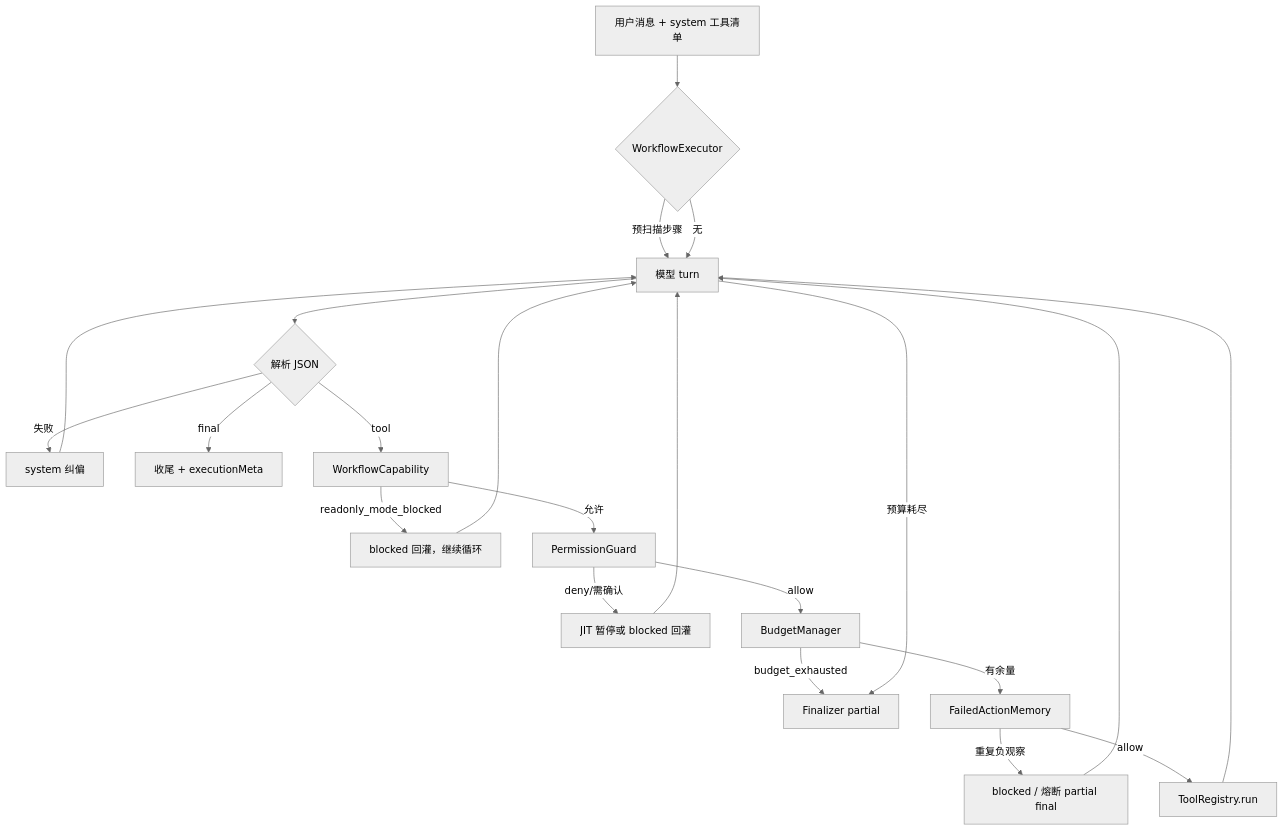
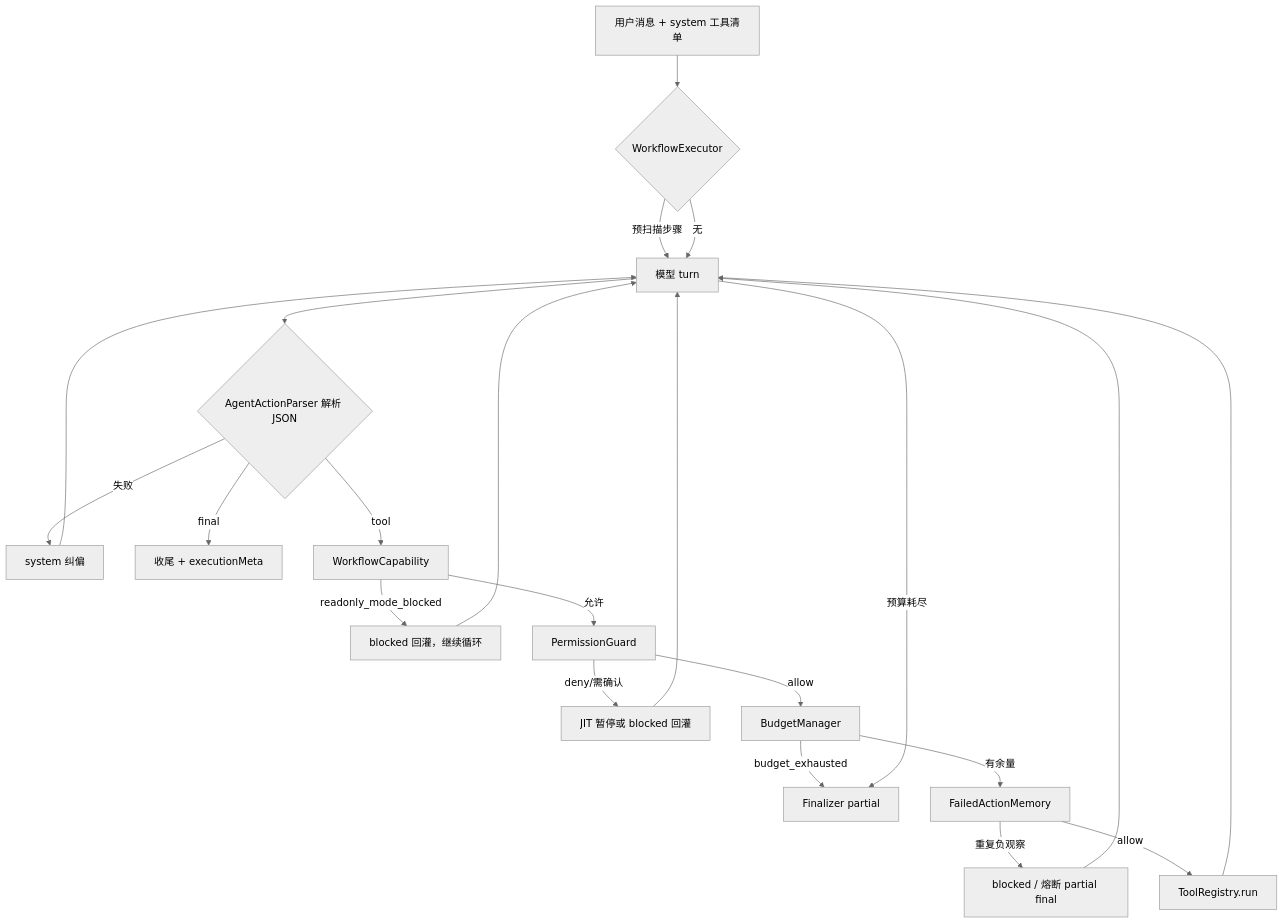
Before and after one commit to Atikou/AgentRelay: the third of 6 diagrams in docs/执行流程.md, drawn with Mermaid (neutral theme). The commit also changed other lines of this file and 20 other files, not shown here.

````diff
--- a/docs/执行流程.md
+++ b/docs/执行流程.md
@@ -116,23 +116,23 @@
 ```mermaid
 flowchart TD
   START[用户消息 + system 工具清单] --> PRE{WorkflowExecutor}
   PRE -->|预扫描步骤| MODEL[模型 turn]
   PRE -->|无| MODEL
-  MODEL --> PARSE{解析 JSON}
+  MODEL --> PARSE{AgentActionParser 解析 JSON}
   PARSE -->|失败| ERR[system 纠偏] --> MODEL
   PARSE -->|final| END[收尾 + executionMeta]
   PARSE -->|tool| CAP[WorkflowCapability]
   CAP -->|readonly_mode_blocked| BLOCK2[blocked 回灌，继续循环]
   BLOCK2 --> MODEL
   CAP -->|允许| GUARD[PermissionGuard]
   GUARD -->|deny/需确认| PAUSE[JIT 暂停或 blocked 回灌]
   PAUSE --> MODEL
   GUARD -->|allow| BUDGET[BudgetManager]
   BUDGET -->|budget_exhausted| PARTIAL[Finalizer partial]
   BUDGET -->|有余量| MEM[FailedActionMemory]
   MEM -->|重复负观察| BLOCK[blocked / 熔断 partial final]
   BLOCK --> MODEL
   MEM -->|allow| TOOL[ToolRegistry.run]
   TOOL --> MODEL
   MODEL -->|预算耗尽| PARTIAL[Finalizer partial]
 ```
````
